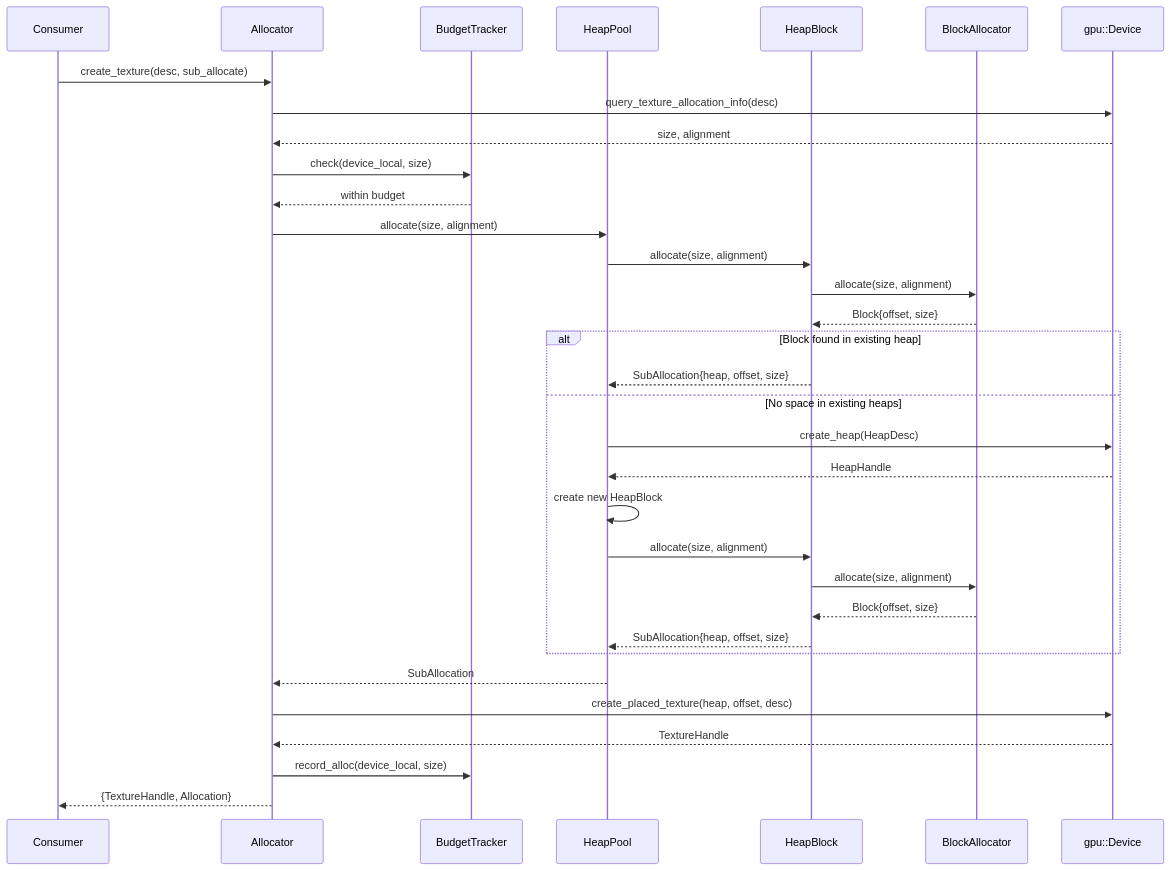
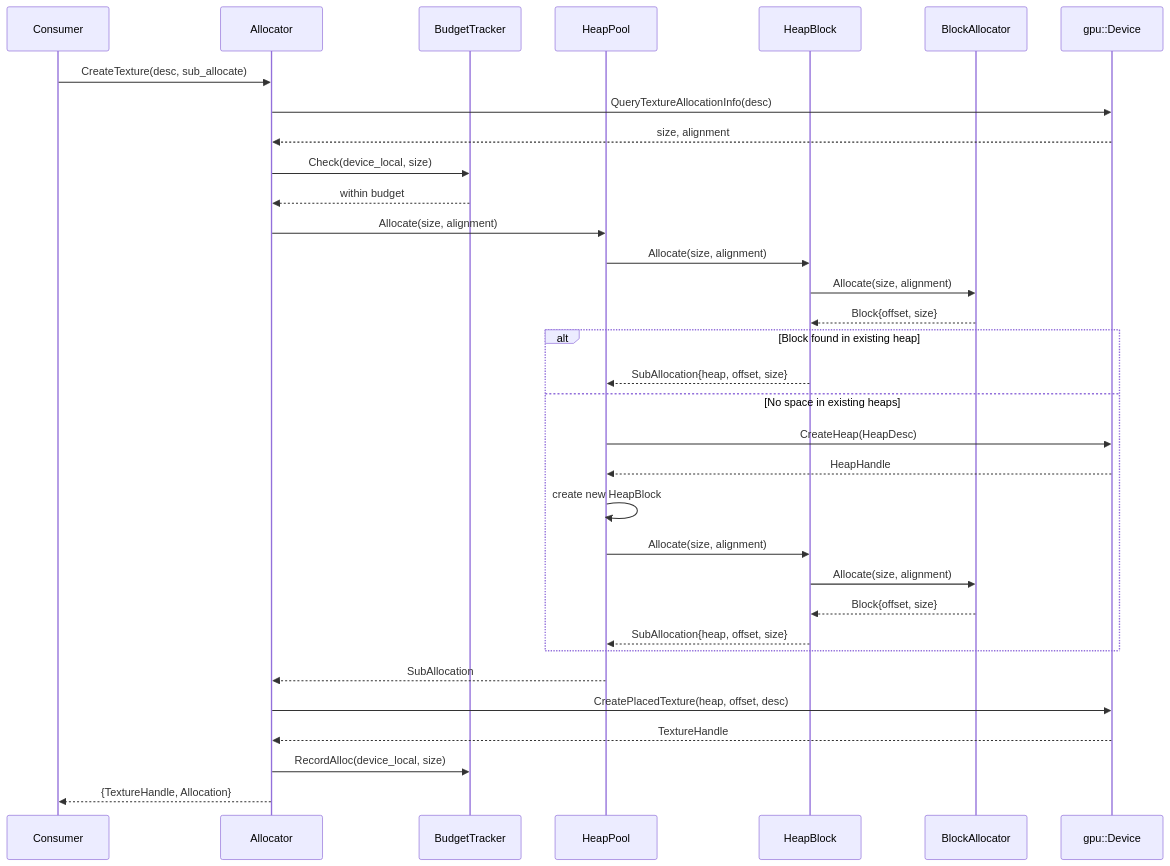
The second of 11 diagrams in docs/design/gpu-runtime-classes.md (harmonius-dev/harmonius), drawn with Mermaid before and after one commit. The commit also changed other lines of this file and 67 other files, not shown here.

````diff
--- a/docs/design/gpu-runtime-classes.md
+++ b/docs/design/gpu-runtime-classes.md
@@ -241,40 +241,40 @@
 ```mermaid
 sequenceDiagram
     participant C as Consumer
     participant A as Allocator
     participant BT as BudgetTracker
     participant HP as HeapPool
     participant HB as HeapBlock
     participant BA as BlockAllocator
     participant GPU as gpu::Device
 
-    C->>A: create_texture(desc, sub_allocate)
-    A->>GPU: query_texture_allocation_info(desc)
+    C->>A: CreateTexture(desc, sub_allocate)
+    A->>GPU: QueryTextureAllocationInfo(desc)
     GPU-->>A: size, alignment
 
-    A->>BT: check(device_local, size)
+    A->>BT: Check(device_local, size)
     BT-->>A: within budget
 
-    A->>HP: allocate(size, alignment)
-    HP->>HB: allocate(size, alignment)
-    HB->>BA: allocate(size, alignment)
+    A->>HP: Allocate(size, alignment)
+    HP->>HB: Allocate(size, alignment)
+    HB->>BA: Allocate(size, alignment)
     BA-->>HB: Block{offset, size}
 
     alt Block found in existing heap
         HB-->>HP: SubAllocation{heap, offset, size}
     else No space in existing heaps
-        HP->>GPU: create_heap(HeapDesc)
+        HP->>GPU: CreateHeap(HeapDesc)
         GPU-->>HP: HeapHandle
         HP->>HP: create new HeapBlock
-        HP->>HB: allocate(size, alignment)
-        HB->>BA: allocate(size, alignment)
+        HP->>HB: Allocate(size, alignment)
+        HB->>BA: Allocate(size, alignment)
         BA-->>HB: Block{offset, size}
         HB-->>HP: SubAllocation{heap, offset, size}
     end
 
     HP-->>A: SubAllocation
-    A->>GPU: create_placed_texture(heap, offset, desc)
+    A->>GPU: CreatePlacedTexture(heap, offset, desc)
     GPU-->>A: TextureHandle
-    A->>BT: record_alloc(device_local, size)
+    A->>BT: RecordAlloc(device_local, size)
     A-->>C: {TextureHandle, Allocation}
 ```
````
